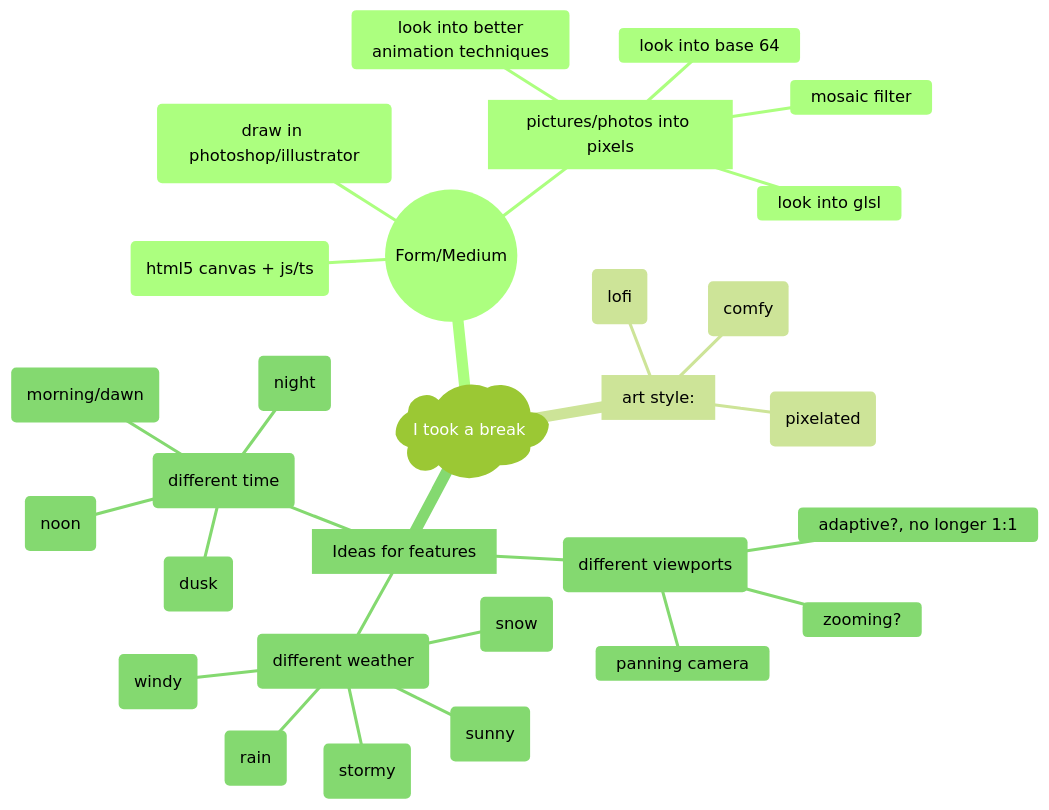
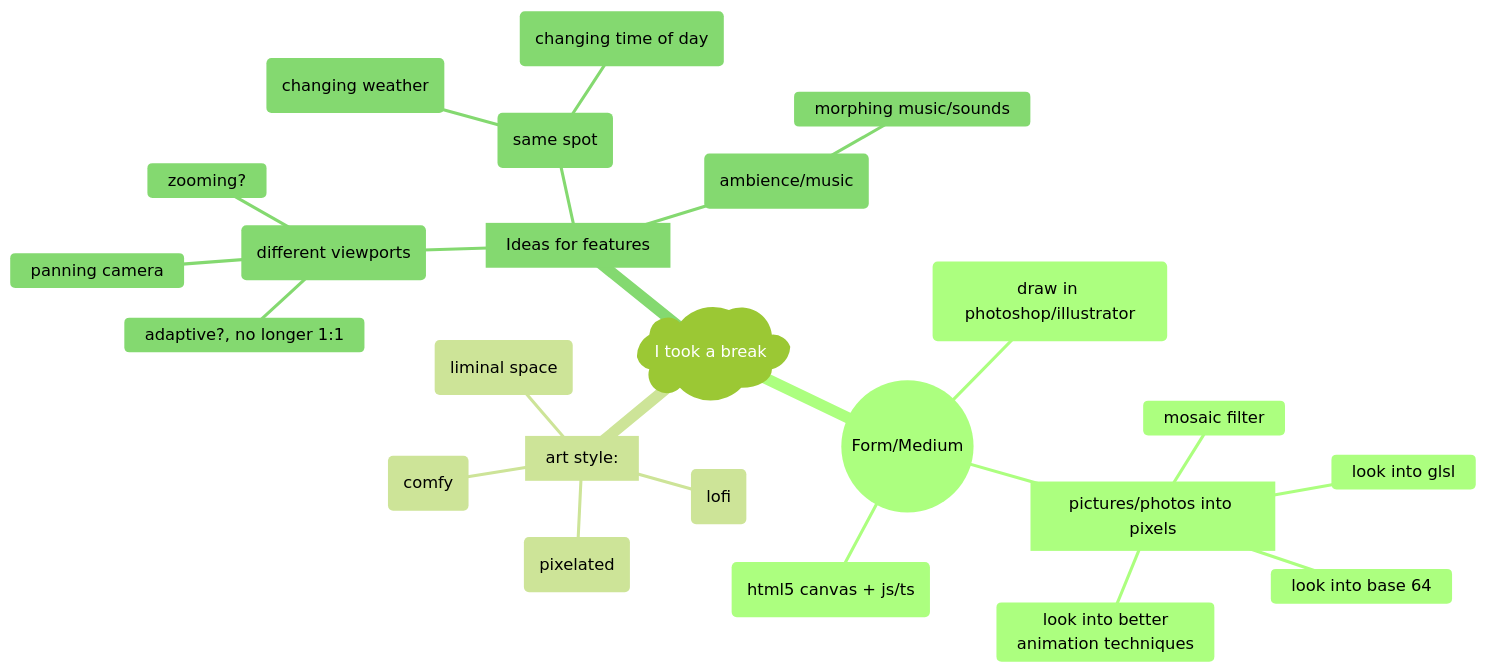
The diagram in README.md (flokleiser/Break-HSLU), drawn with Mermaid (forest theme) before and after one commit.

````diff
--- a/README.md
+++ b/README.md
@@ -32,38 +32,33 @@
 ```mermaid
 mindmap
     )I took a break(
 
         ((Form/Medium))
             (html5 canvas + js/ts)
             (draw in photoshop/illustrator)
             [pictures/photos into pixels]
                 mosaic filter
                 look into base 64
                 look into glsl
                 look into better <br> animation techniques
 
         [art style:] 
             (pixelated)
             (lofi)
             (comfy)
+            (liminal space)
 
         [Ideas for features]
             (different viewports)
                 adaptive?, no longer 1:1
                 zooming?
                 panning camera
+            
+            (ambience/music)
+                morphing music/sounds
 
-            (different weather)
-                (rain)
-                (snow)
-                (sunny)
-                (windy)
-                (stormy)
-
-            (different time)
-                (morning/dawn)
-                (noon)
-                (dusk)
-                (night)
+            (same spot)
+                (changing weather)
+                (changing time of day)
 
 ```
````
